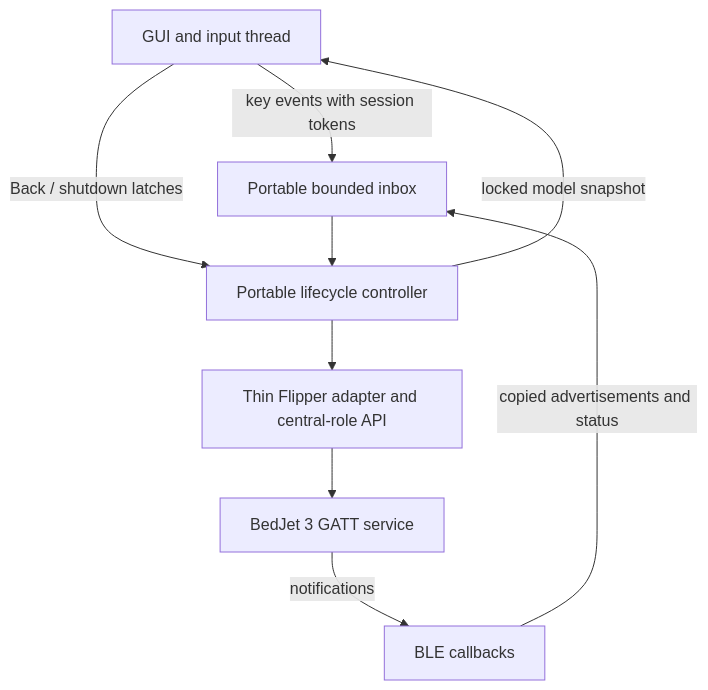
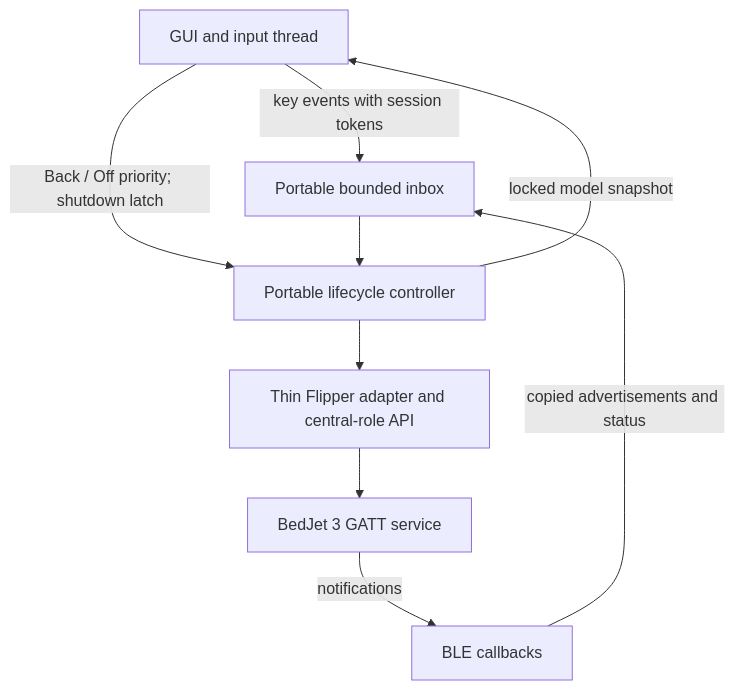
The diagram in docs/architecture.md (fderuiter/bedjet_Flipper), drawn with Mermaid before and after one commit. The commit also changed other lines of this file and 10 other files, not shown here.

First line of the commit message:
Prioritize session-bound Back and Off; discard stale queued controls

````diff
--- a/docs/architecture.md
+++ b/docs/architecture.md
@@ -7,11 +7,11 @@
 ```mermaid
 flowchart TD
     UI["GUI and input thread"] -->|"key events with session tokens"| Q["Portable bounded inbox"]
-    UI -->|"Back / shutdown latches"| W
+    UI -->|"Back / Off priority; shutdown latch"| W
     CB["BLE callbacks"] -->|"copied advertisements and status"| Q
     Q --> W["Portable lifecycle controller"]
     W --> API["Thin Flipper adapter and central-role API"]
     API --> BJ["BedJet 3 GATT service"]
     BJ -->|"notifications"| CB
     W -->|"locked model snapshot"| UI
 ```
````
